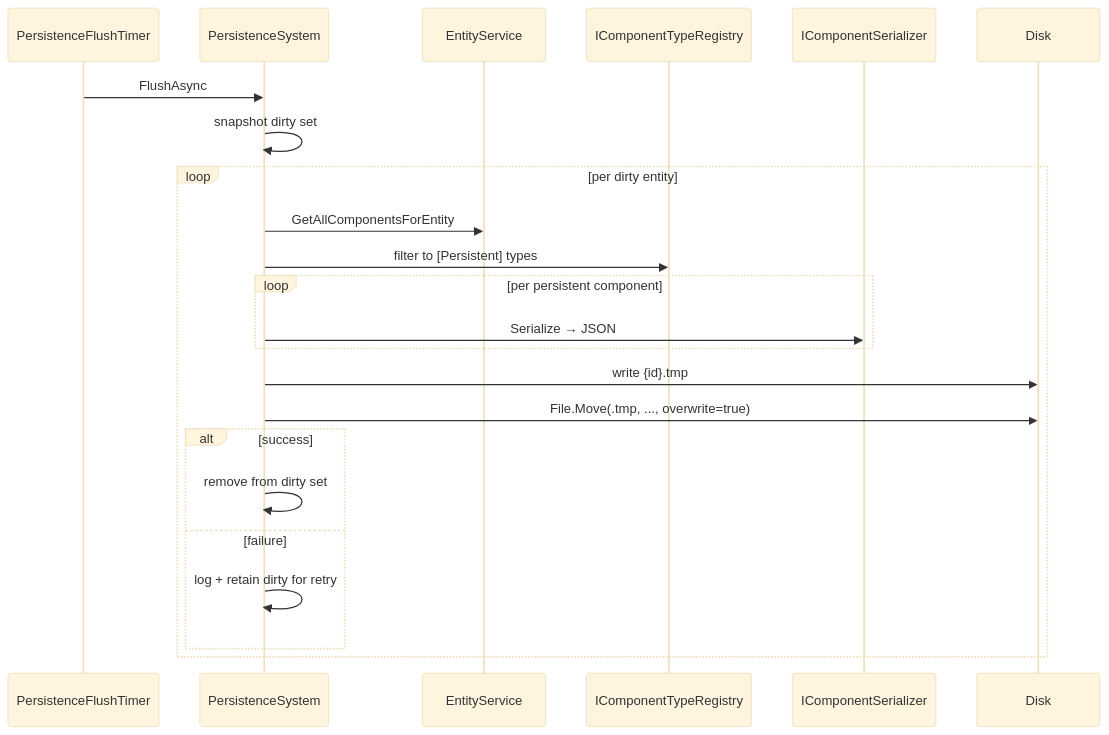
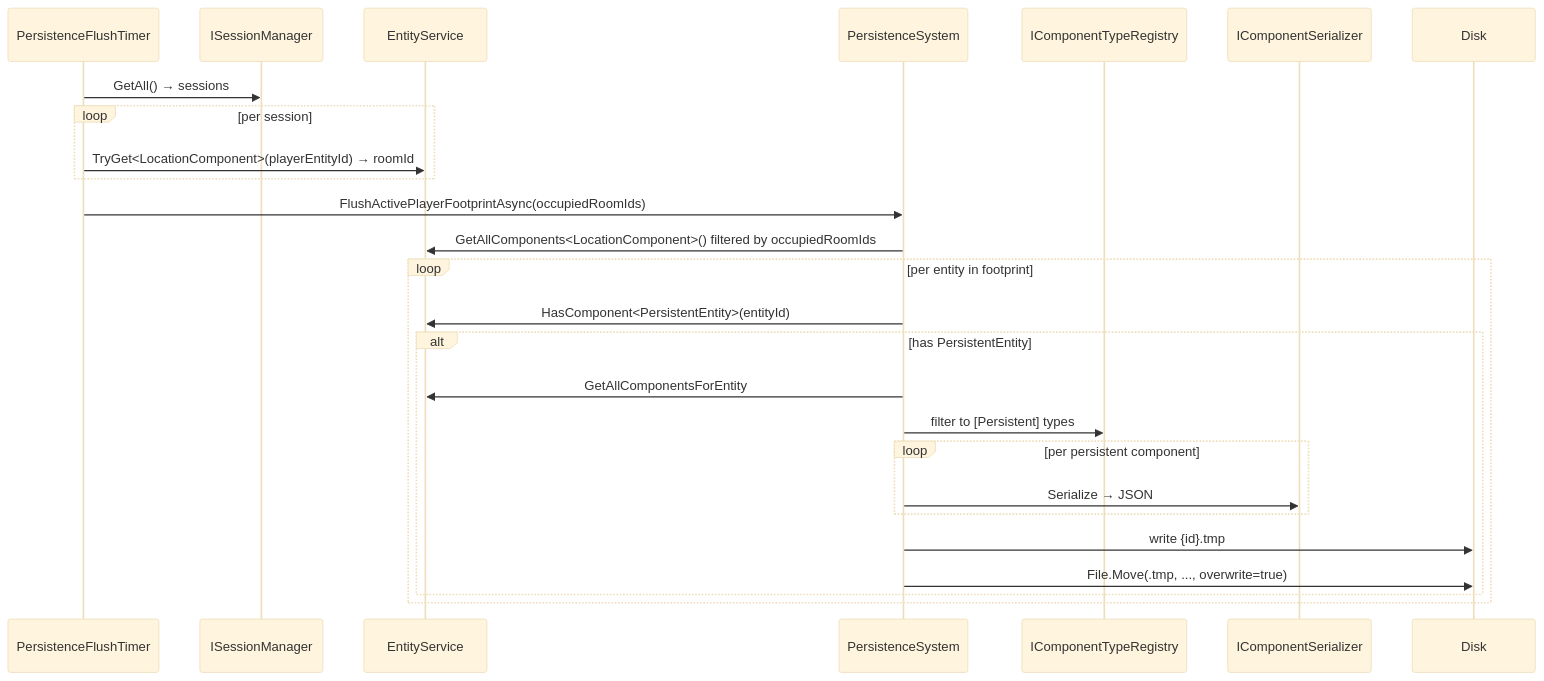
Before and after one commit to dmbyer/Hedron: the fourth of 8 diagrams in docs/architecture/06-flows.md, drawn with Mermaid (base theme). The commit also changed other lines of this file and 27 other files, not shown here.

````diff
--- a/docs/architecture/06-flows.md
+++ b/docs/architecture/06-flows.md
@@ -226,26 +226,29 @@
 ```mermaid
 sequenceDiagram
     participant Timer as PersistenceFlushTimer
+    participant SM as ISessionManager
+    participant ES as EntityService
     participant PSys as PersistenceSystem
-    participant ES as EntityService
     participant TR as IComponentTypeRegistry
     participant CS as IComponentSerializer
     participant Disk
 
-    Timer->>PSys: FlushAsync
-    PSys->>PSys: snapshot dirty set
-    loop per dirty entity
-        PSys->>ES: GetAllComponentsForEntity
-        PSys->>TR: filter to [Persistent] types
-        loop per persistent component
-            PSys->>CS: Serialize → JSON
-        end
-        PSys->>Disk: write {id}.tmp
-        PSys->>Disk: File.Move(.tmp, ..., overwrite=true)
-        alt success
-            PSys->>PSys: remove from dirty set
-        else failure
-            PSys->>PSys: log + retain dirty for retry
+    Timer->>SM: GetAll() → sessions
+    loop per session
+        Timer->>ES: TryGet<LocationComponent>(playerEntityId) → roomId
+    end
+    Timer->>PSys: FlushActivePlayerFootprintAsync(occupiedRoomIds)
+    PSys->>ES: GetAllComponents<LocationComponent>() filtered by occupiedRoomIds
+    loop per entity in footprint
+        PSys->>ES: HasComponent<PersistentEntity>(entityId)
+        alt has PersistentEntity
+            PSys->>ES: GetAllComponentsForEntity
+            PSys->>TR: filter to [Persistent] types
+            loop per persistent component
+                PSys->>CS: Serialize → JSON
+            end
+            PSys->>Disk: write {id}.tmp
+            PSys->>Disk: File.Move(.tmp, ..., overwrite=true)
         end
     end
 ```
````
